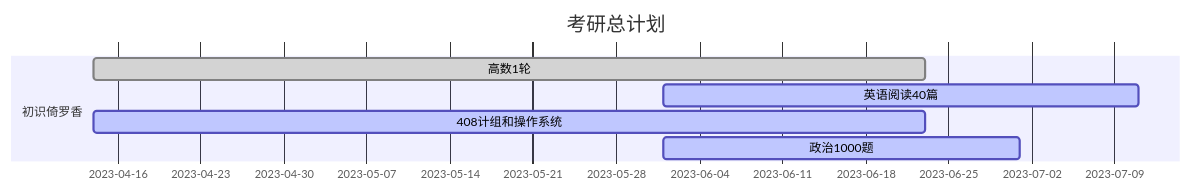
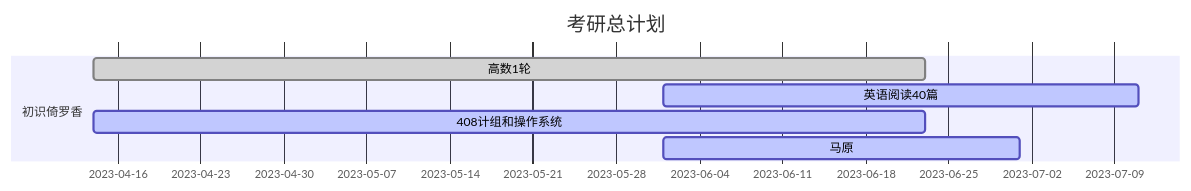
One commit to guohuiyuan/KaoyanPlan changed the diagram in README.md. Above: the diagram before and after it, drawn with Mermaid. The commit also changed 1 other file, not shown here.

Commit message:
✨ 添加日报

````diff
--- a/README.md
+++ b/README.md
@@ -122,10 +122,10 @@
 ```mermaid
 gantt
 title 考研总计划
 
 section 初识倚罗香
 高数1轮      :done, a1, 2023-04-14, 70d
 英语阅读40篇    :active, a1, 2023-06-01, 40d
 408计组和操作系统       :active, a2, 2023-04-14, 70d
-政治1000题      :active, b1, 2023-06-01, 30d
+马原      :active, b1, 2023-06-01, 30d
 ```
````
